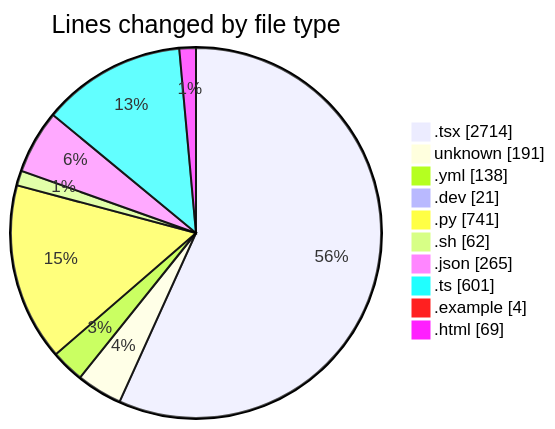
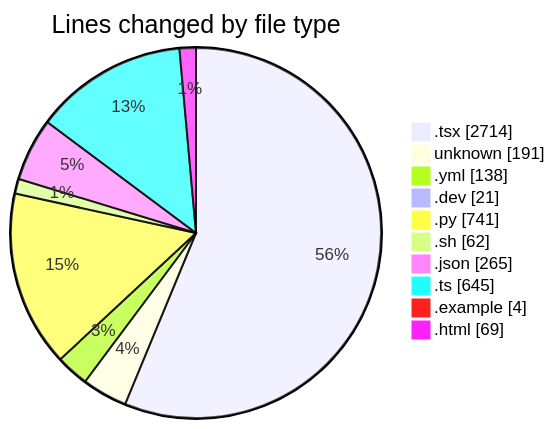
Before and after one commit to Elitesun/code-tracking: the first of 2 diagrams in 2025-05-18/niten/README.md, drawn with Mermaid. The commit also changed other lines of this file and 1 other file, not shown here.

````diff
--- a/2025-05-18/niten/README.md
+++ b/2025-05-18/niten/README.md
@@ -53,14 +54,14 @@
 ```mermaid
 pie showData
 title Lines changed by file type
 ".tsx" : 2714
 "unknown" : 191
 ".yml" : 138
 ".dev" : 21
 ".py" : 741
 ".sh" : 62
 ".json" : 265
-".ts" : 601
+".ts" : 645
 ".example" : 4
 ".html" : 69
 ```
````
